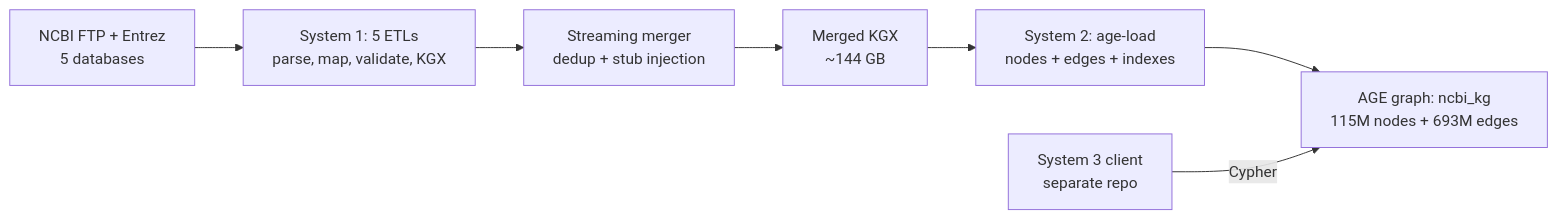
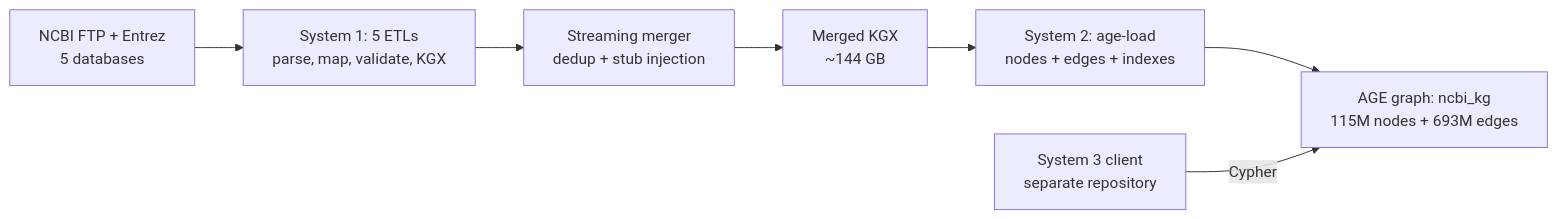
Before and after one commit to monideep2255/agentic-search-data-engineering: the first of 3 diagrams in docs/architecture/Technical_reference_data_engineering.md, drawn with Mermaid. The commit also changed other lines of this file and 21 other files, not shown here.

First line of the commit message:
docs: say repository, never repo

````diff
--- a/docs/architecture/Technical_reference_data_engineering.md
+++ b/docs/architecture/Technical_reference_data_engineering.md
@@ -25,13 +25,13 @@
 ```mermaid
 flowchart LR
     NCBI["NCBI FTP + Entrez<br/>5 databases"]
     S1["System 1: 5 ETLs<br/>parse, map, validate, KGX"]
     Merge["Streaming merger<br/>dedup + stub injection"]
     KGX["Merged KGX<br/>~144 GB"]
     Loader["System 2: age-load<br/>nodes + edges + indexes"]
     AGE["AGE graph: ncbi_kg<br/>115M nodes + 693M edges"]
-    S3["System 3 client<br/>separate repo"]
+    S3["System 3 client<br/>separate repository"]
 
     NCBI --> S1 --> Merge --> KGX --> Loader --> AGE
     S3 -->|Cypher| AGE
 ```
````
